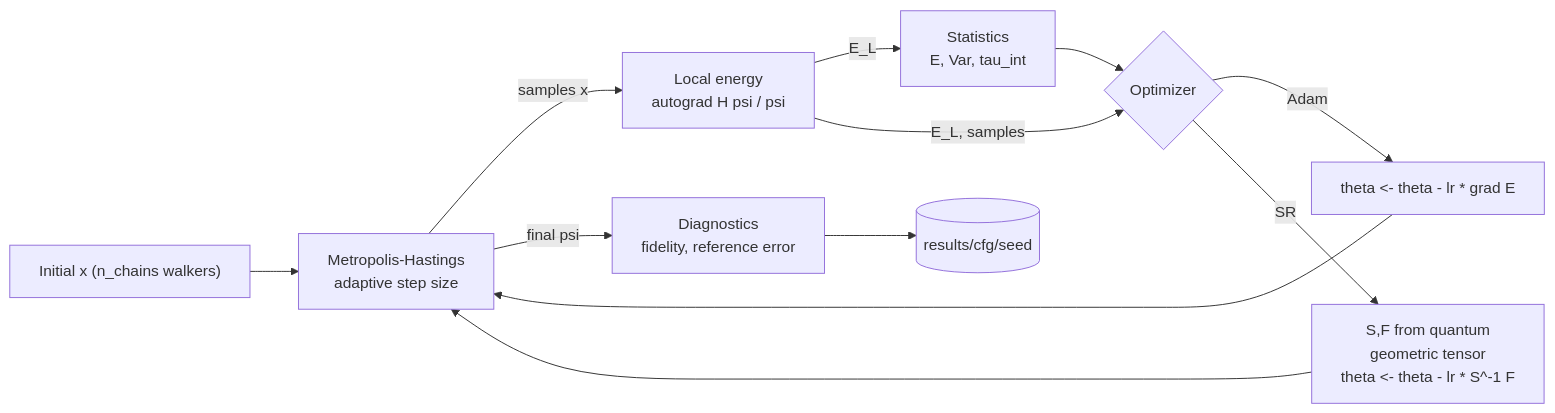
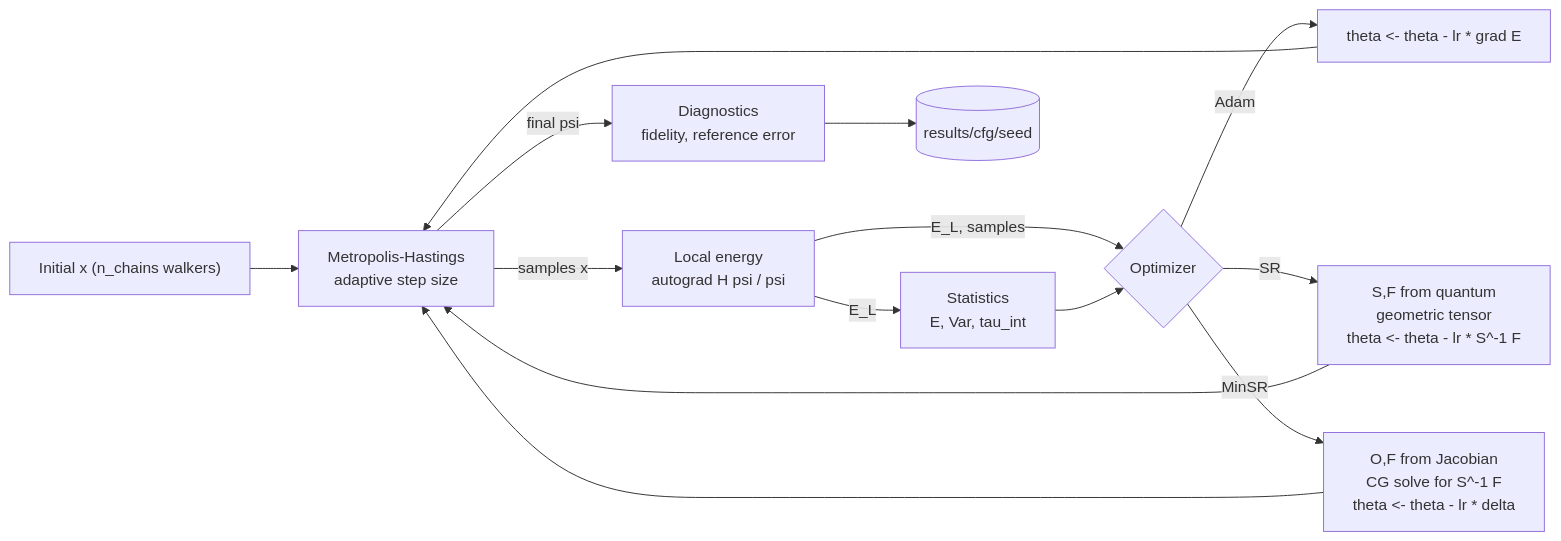
One commit to NodeBox-Labs/jax-nqs-vmc changed the diagram in README.md. Above: the diagram before and after it, drawn with Mermaid. The commit also changed other lines of this file, not shown here.

````diff
--- a/README.md
+++ b/README.md
@@ -227,14 +227,16 @@
 ```mermaid
 flowchart LR
     A["Initial x (n_chains walkers)"] --> S["Metropolis-Hastings<br/>adaptive step size"]
     S -->|samples x| LE["Local energy<br/>autograd H psi / psi"]
     LE -->|E_L| STAT["Statistics<br/>E, Var, tau_int"]
     LE -->|E_L, samples| OPT{"Optimizer"}
     STAT --> OPT
     OPT -->|Adam| U1["theta <- theta - lr * grad E"]
     OPT -->|SR| U2["S,F from quantum<br/>geometric tensor<br/>theta <- theta - lr * S^-1 F"]
+    OPT -->|MinSR| U3["O,F from Jacobian<br/>CG solve for S^-1 F<br/>theta <- theta - lr * delta"]
     U1 --> S
     U2 --> S
+    U3 --> S
     S -->|final psi| D["Diagnostics<br/>fidelity, reference error"]
     D --> R[("results/cfg/seed")]
 ```
````
